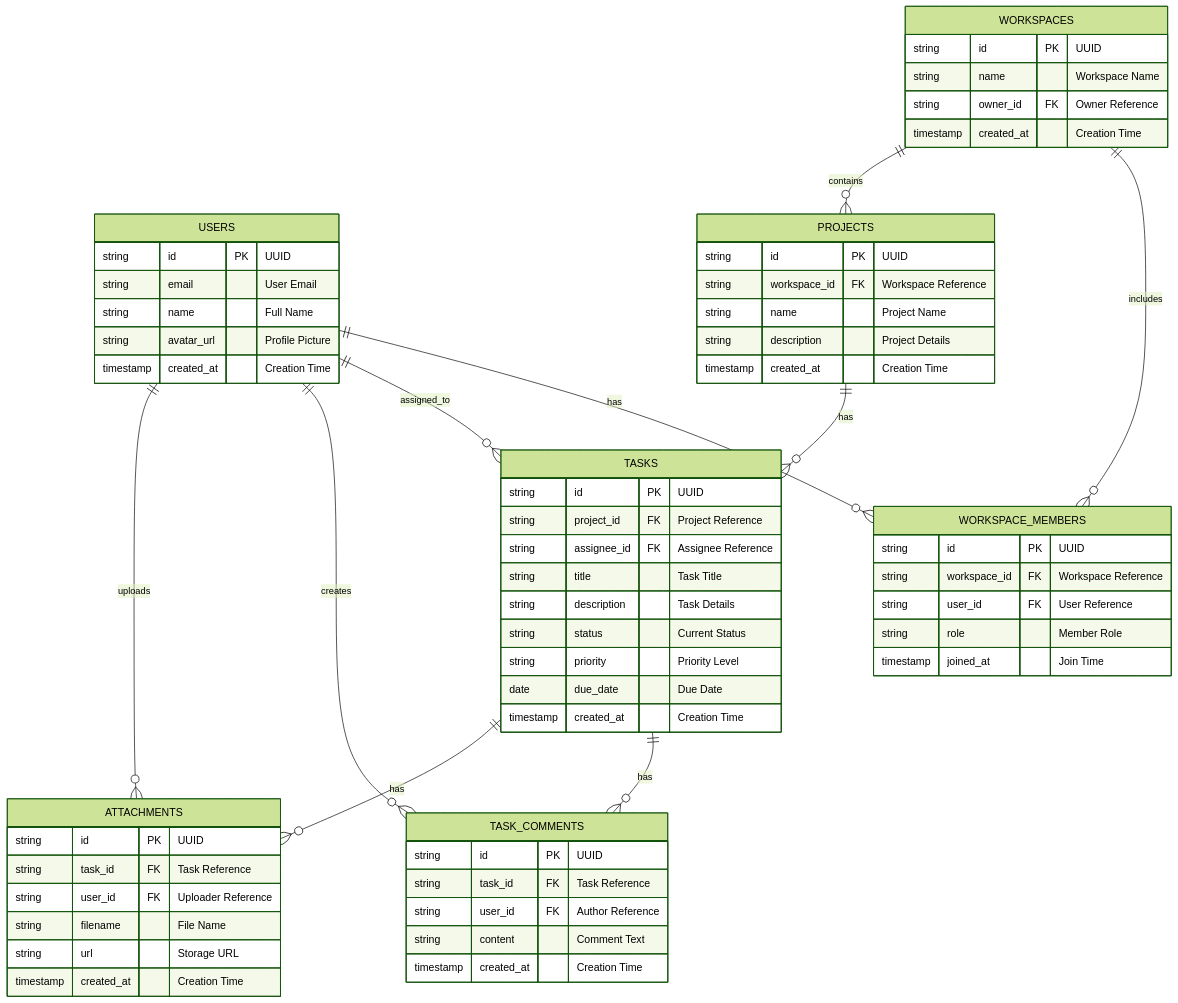
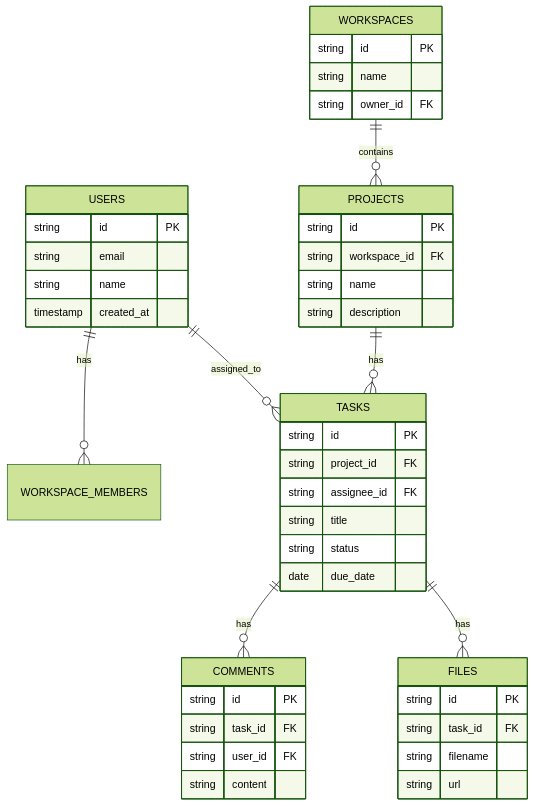
One commit to ritiku2004/Zira-Project-details changed the second of 16 diagrams in README.md. Above: the diagram before and after it, drawn with Mermaid (forest theme). The commit also changed other lines of this file, not shown here.

Commit message:
Diagrames added

````diff
--- a/README.md
+++ b/README.md
@@ -61,68 +68,47 @@
 ```mermaid
 erDiagram
-    %% Relationships
     USERS ||--o{ WORKSPACE_MEMBERS : has
     USERS ||--o{ TASKS : assigned_to
-    USERS ||--o{ TASK_COMMENTS : creates
-    USERS ||--o{ ATTACHMENTS : uploads
-    WORKSPACES ||--o{ WORKSPACE_MEMBERS : includes
     WORKSPACES ||--o{ PROJECTS : contains
     PROJECTS ||--o{ TASKS : has
-    TASKS ||--o{ TASK_COMMENTS : has
-    TASKS ||--o{ ATTACHMENTS : has
+    TASKS ||--o{ COMMENTS : has
+    TASKS ||--o{ FILES : has
 
-    %% Entity Definitions
     USERS {
-        string id PK "UUID"
-        string email "User Email"
-        string name "Full Name"
-        string avatar_url "Profile Picture"
-        timestamp created_at "Creation Time"
+        string id PK
+        string email
+        string name
+        timestamp created_at
     }
     WORKSPACES {
-        string id PK "UUID"
-        string name "Workspace Name"
-        string owner_id FK "Owner Reference"
-        timestamp created_at "Creation Time"
-    }
-    WORKSPACE_MEMBERS {
-        string id PK "UUID"
-        string workspace_id FK "Workspace Reference"
-        string user_id FK "User Reference"
-        string role "Member Role"
-        timestamp joined_at "Join Time"
+        string id PK
+        string name
+        string owner_id FK
     }
     PROJECTS {
-        string id PK "UUID"
-        string workspace_id FK "Workspace Reference"
-        string name "Project Name"
-        string description "Project Details"
-        timestamp created_at "Creation Time"
+        string id PK
+        string workspace_id FK
+        string name
+        string description
     }
     TASKS {
-        string id PK "UUID"
-        string project_id FK "Project Reference"
-        string assignee_id FK "Assignee Reference"
-        string title "Task Title"
-        string description "Task Details"
-        string status "Current Status"
-        string priority "Priority Level"
-        date due_date "Due Date"
-        timestamp created_at "Creation Time"
+        string id PK
+        string project_id FK
+        string assignee_id FK
+        string title
+        string status
+        date due_date
     }
-    TASK_COMMENTS {
-        string id PK "UUID"
-        string task_id FK "Task Reference"
-        string user_id FK "Author Reference"
-        string content "Comment Text"
-        timestamp created_at "Creation Time"
+    COMMENTS {
+        string id PK
+        string task_id FK
+        string user_id FK
+        string content
     }
-    ATTACHMENTS {
-        string id PK "UUID"
-        string task_id FK "Task Reference"
-        string user_id FK "Uploader Reference"
-        string filename "File Name"
-        string url "Storage URL"
-        timestamp created_at "Creation Time"
+    FILES {
+        string id PK
+        string task_id FK
+        string filename
+        string url
     }
 ```
````
